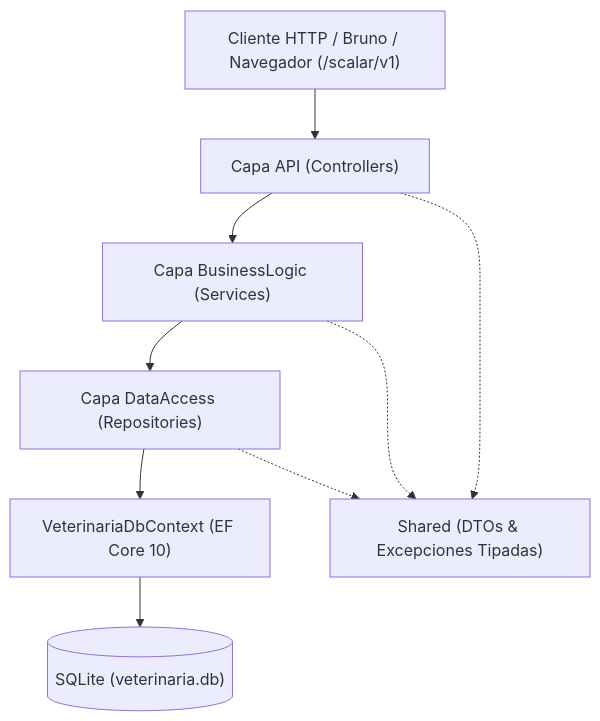
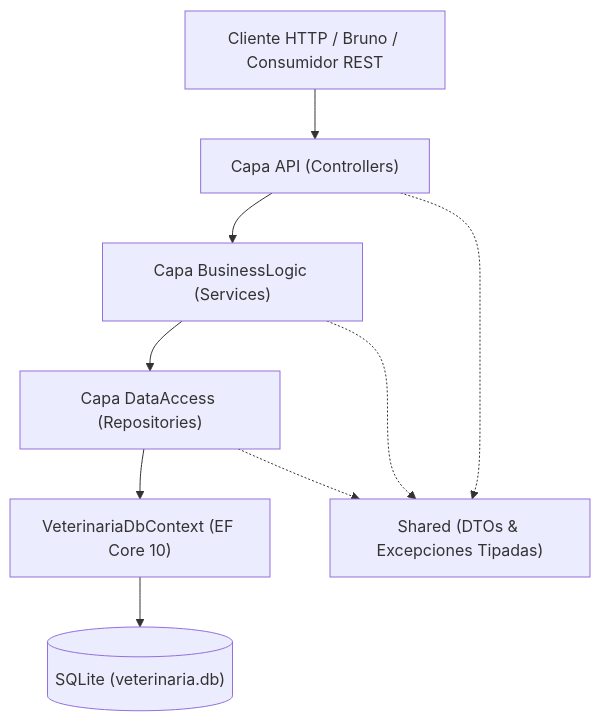
The diagram in README.md (PracticasProfesionalizantes-I-2026/Grupo_7_SistemaVeterinaria), drawn with Mermaid before and after one commit. The commit also changed other lines of this file and 109 other files, not shown here.

````diff
--- a/README.md
+++ b/README.md
@@ -22,12 +23,12 @@
 ```mermaid
 graph TD
-    Client["Cliente HTTP / Bruno / Navegador (/scalar/v1)"] --> API["Capa API (Controllers)"]
+    Client["Cliente HTTP / Bruno / Consumidor REST"] --> API["Capa API (Controllers)"]
     API --> BL["Capa BusinessLogic (Services)"]
     BL --> DA["Capa DataAccess (Repositories)"]
     DA --> EF["VeterinariaDbContext (EF Core 10)"]
     EF --> DB[("SQLite (veterinaria.db)")]
 
     BL -.-> Shared["Shared (DTOs & Excepciones Tipadas)"]
     API -.-> Shared
     DA -.-> Shared
 ```
````
